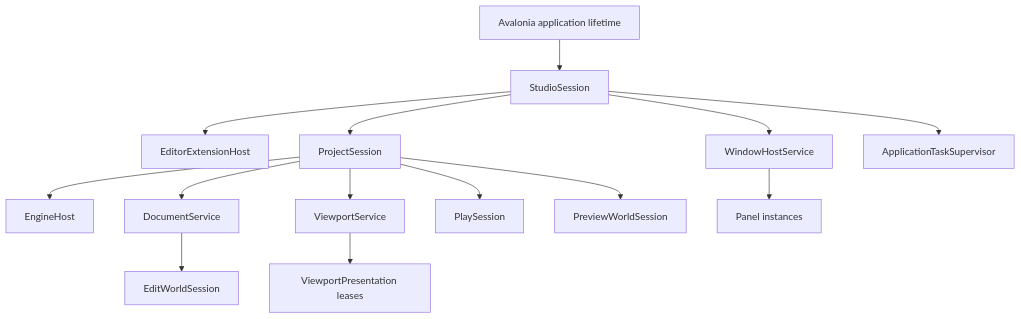
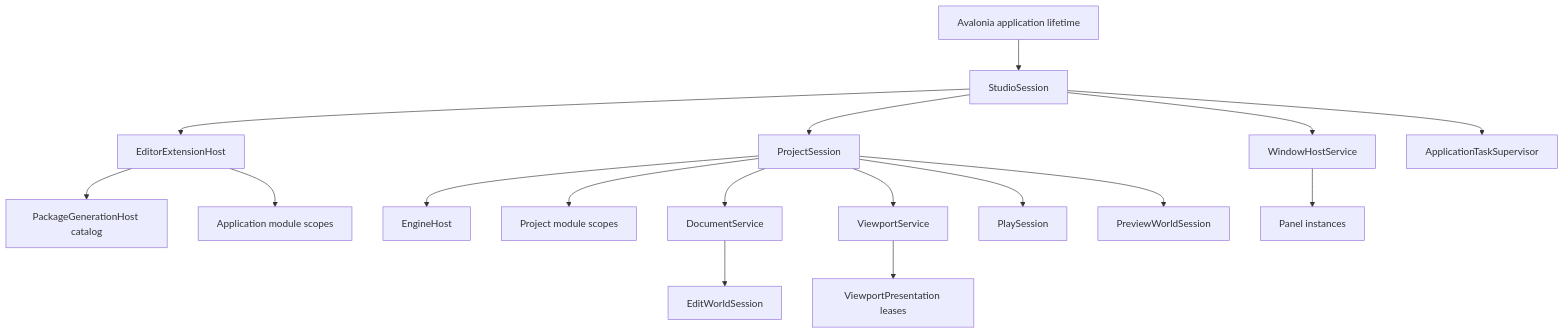
The first of 3 diagrams in apps/studio/docs/architecture/studio-lifecycle.md (66six11/Engine), drawn with Mermaid before and after one commit. The commit also changed other lines of this file and 19 other files, not shown here.

````diff
--- a/apps/studio/docs/architecture/studio-lifecycle.md
+++ b/apps/studio/docs/architecture/studio-lifecycle.md
@@ -27,19 +27,22 @@
 ```mermaid
 flowchart TB
     App["Avalonia application lifetime"] --> Studio["StudioSession"]
     Studio --> Extensions["EditorExtensionHost"]
+    Extensions --> Generations["PackageGenerationHost catalog"]
+    Extensions --> ApplicationModules["Application module scopes"]
     Studio --> Project["ProjectSession"]
     Studio --> Windows["WindowHostService"]
     Studio --> Tasks["ApplicationTaskSupervisor"]
 
     Project --> Engine["EngineHost"]
+    Project --> ProjectExtensions["Project module scopes"]
     Project --> Documents["DocumentService"]
     Project --> Viewports["ViewportService"]
 
     Documents --> Edit["EditWorldSession"]
     Project --> Play["PlaySession"]
     Project --> Preview["PreviewWorldSession"]
 
     Viewports --> Presentations["ViewportPresentation leases"]
     Windows --> Panels["Panel instances"]
 ```
````
